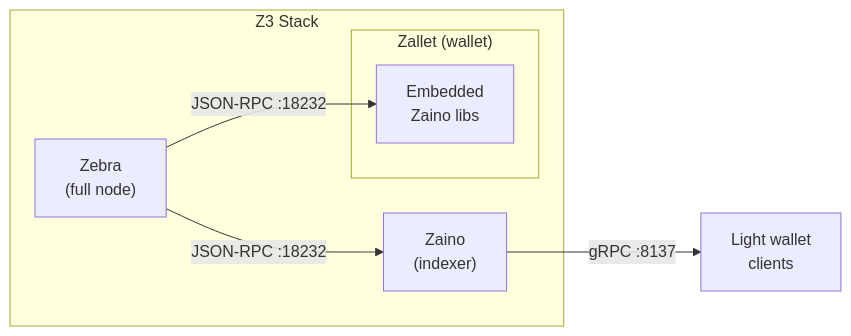
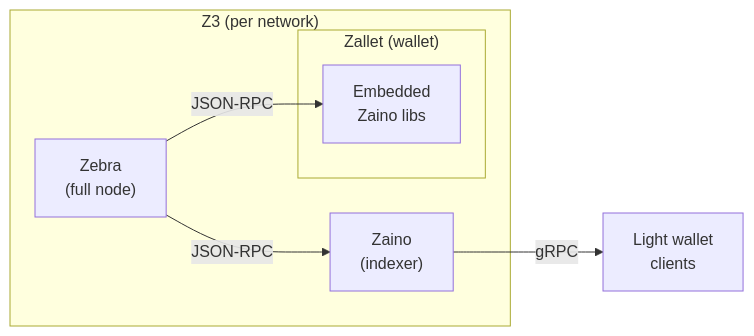
Before and after one commit to ZcashFoundation/z3: the diagram in README.md, drawn with Mermaid. The commit also changed other lines of this file and 54 other files, not shown here.

First line of the commit message:
feat: platform contract, per-network Compose projects, and integration guides (#43)

````diff
--- a/README.md
+++ b/README.md
@@ -122,15 +137,15 @@
 ```mermaid
 graph LR
-    subgraph Z3["Z3 Stack"]
+    subgraph Z3["Z3 (per network)"]
         Zebra["Zebra<br/>(full node)"]
         Zaino["Zaino<br/>(indexer)"]
 
         subgraph Zallet["Zallet (wallet)"]
             EmbeddedZaino["Embedded<br/>Zaino libs"]
         end
     end
 
-    Zebra -->|JSON-RPC :18232| Zaino
-    Zebra -->|JSON-RPC :18232| EmbeddedZaino
-    Zaino -->|gRPC :8137| LightClients["Light wallet<br/>clients"]
+    Zebra -->|JSON-RPC| Zaino
+    Zebra -->|JSON-RPC| EmbeddedZaino
+    Zaino -->|gRPC| LightClients["Light wallet<br/>clients"]
 ```
````
